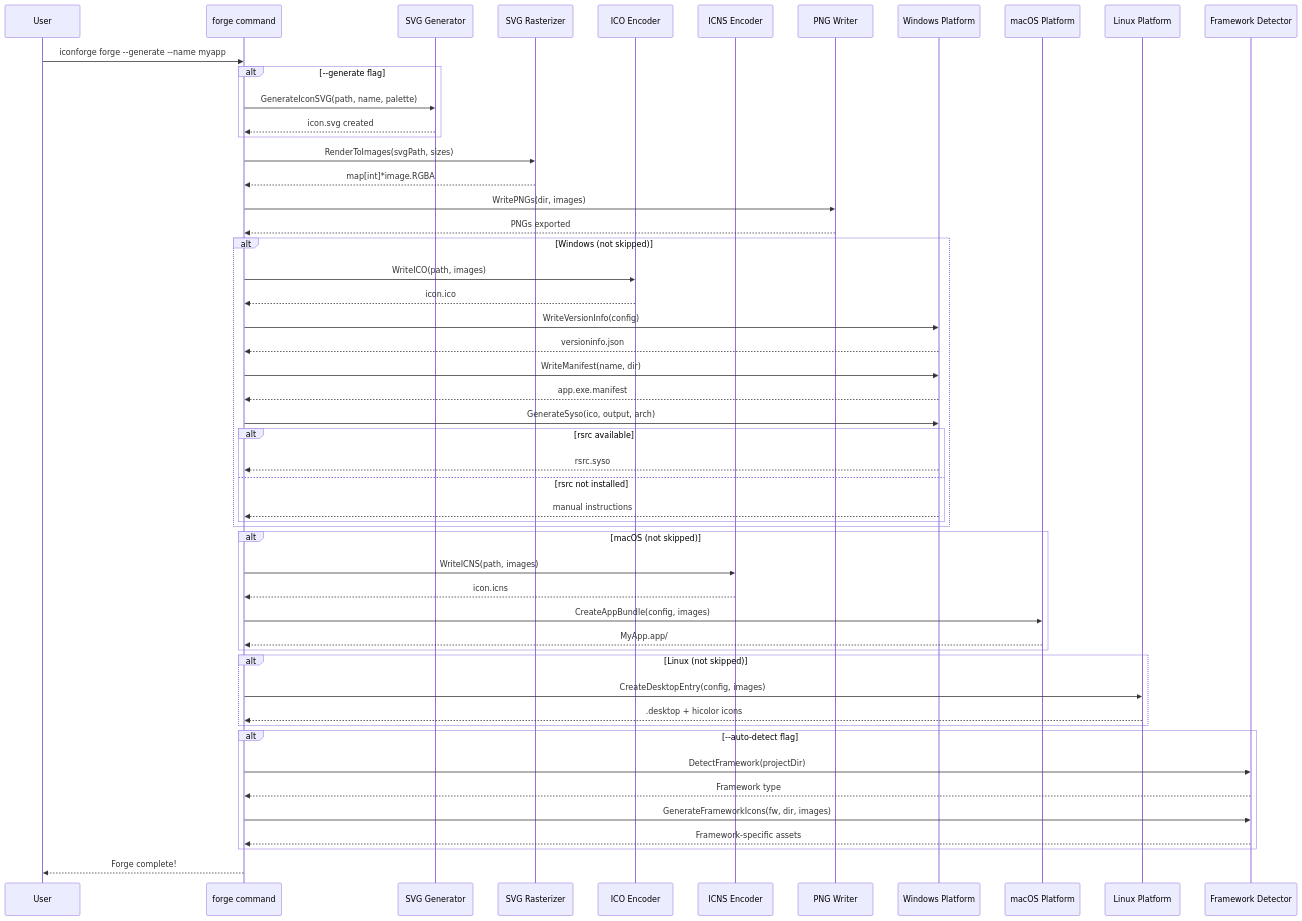
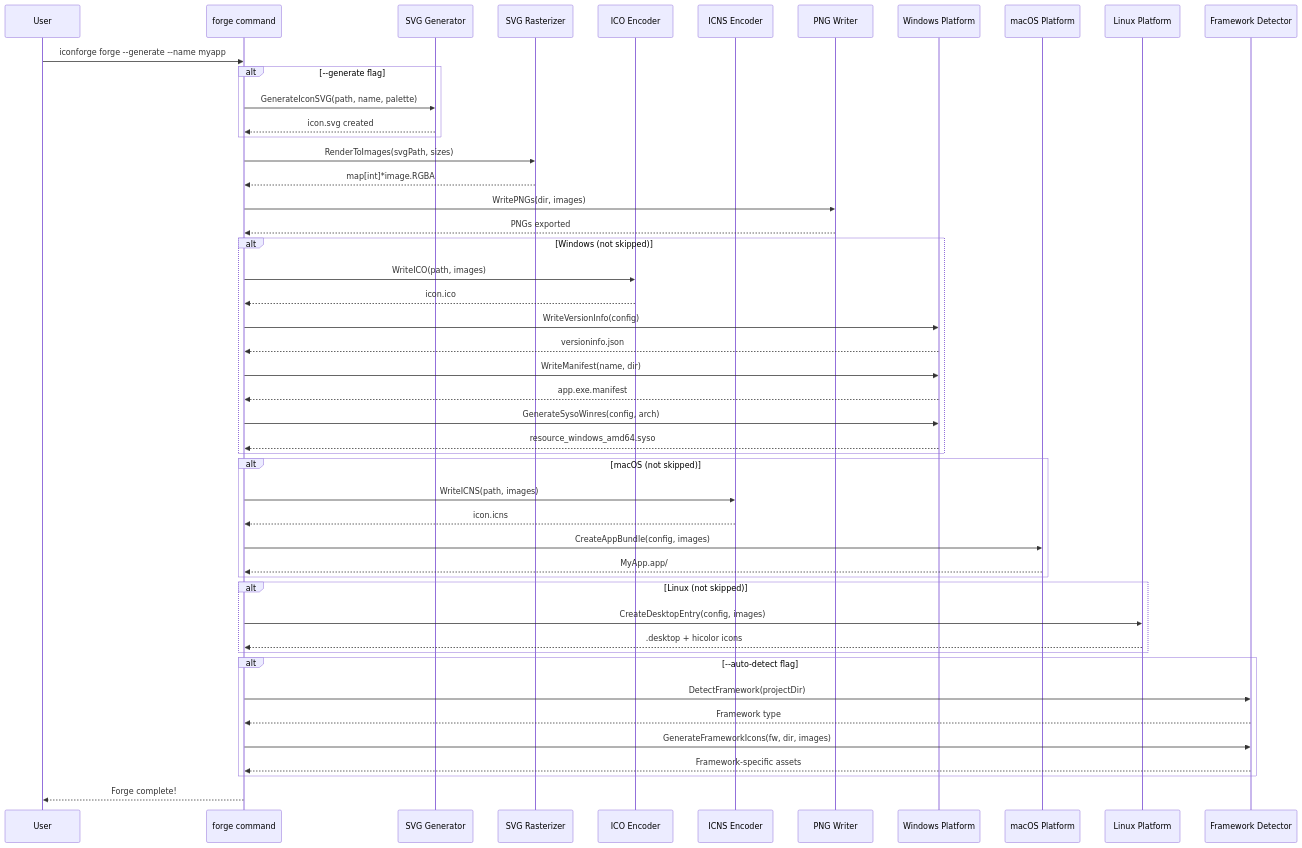
The second of 4 diagrams in docs/ARCHITECTURE.md (inovacc/iconforge), drawn with Mermaid before and after one commit. The commit also changed other lines of this file and 41 other files, not shown here.

````diff
--- a/docs/ARCHITECTURE.md
+++ b/docs/ARCHITECTURE.md
@@ -66,63 +69,59 @@
 ```mermaid
 sequenceDiagram
     participant User
     participant CLI as forge command
     participant Gen as SVG Generator
     participant SVG as SVG Rasterizer
     participant ICO as ICO Encoder
     participant ICNS as ICNS Encoder
     participant PNG as PNG Writer
     participant Win as Windows Platform
     participant Mac as macOS Platform
     participant Lin as Linux Platform
     participant Det as Framework Detector
 
     User->>CLI: iconforge forge --generate --name myapp
 
     alt --generate flag
         CLI->>Gen: GenerateIconSVG(path, name, palette)
         Gen-->>CLI: icon.svg created
     end
 
     CLI->>SVG: RenderToImages(svgPath, sizes)
     SVG-->>CLI: map[int]*image.RGBA
 
     CLI->>PNG: WritePNGs(dir, images)
     PNG-->>CLI: PNGs exported
 
     alt Windows (not skipped)
         CLI->>ICO: WriteICO(path, images)
         ICO-->>CLI: icon.ico
         CLI->>Win: WriteVersionInfo(config)
         Win-->>CLI: versioninfo.json
         CLI->>Win: WriteManifest(name, dir)
         Win-->>CLI: app.exe.manifest
-        CLI->>Win: GenerateSyso(ico, output, arch)
-        alt rsrc available
-            Win-->>CLI: rsrc.syso
-        else rsrc not installed
-            Win-->>CLI: manual instructions
-        end
+        CLI->>Win: GenerateSysoWinres(config, arch)
+        Win-->>CLI: resource_windows_amd64.syso
     end
 
     alt macOS (not skipped)
         CLI->>ICNS: WriteICNS(path, images)
         ICNS-->>CLI: icon.icns
         CLI->>Mac: CreateAppBundle(config, images)
         Mac-->>CLI: MyApp.app/
     end
 
     alt Linux (not skipped)
         CLI->>Lin: CreateDesktopEntry(config, images)
         Lin-->>CLI: .desktop + hicolor icons
     end
 
     alt --auto-detect flag
         CLI->>Det: DetectFramework(projectDir)
         Det-->>CLI: Framework type
         CLI->>Det: GenerateFrameworkIcons(fw, dir, images)
         Det-->>CLI: Framework-specific assets
     end
 
     CLI-->>User: Forge complete!
 ```
````
